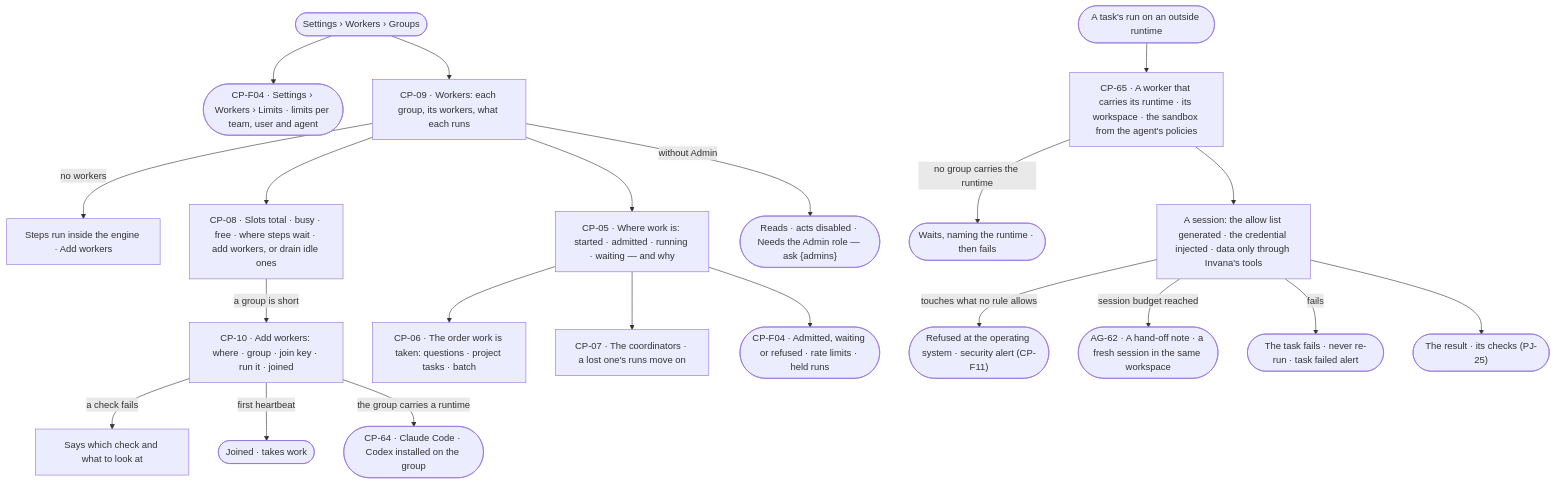
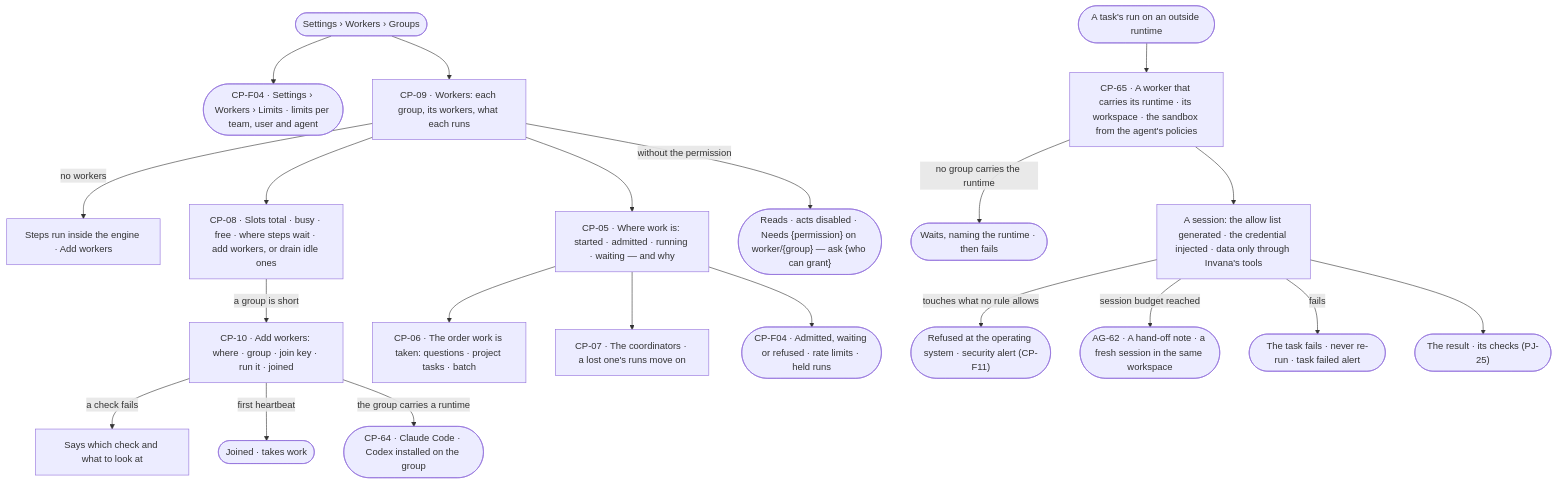
The first of 3 diagrams in specs/os/control/features/CP-F03-workers-and-the-queue/feature.md (invana/invana), drawn with Mermaid before and after one commit. The commit also changed other lines of this file and 228 other files, not shown here.

````diff
--- a/specs/os/control/features/CP-F03-workers-and-the-queue/feature.md
+++ b/specs/os/control/features/CP-F03-workers-and-the-queue/feature.md
@@ -26,23 +26,23 @@
 ```mermaid
 flowchart TD
   s([Settings › Workers › Groups]) --> lim(["CP-F04 · Settings › Workers › Limits · limits per team, user and agent"])
   s --> wk["CP-09 · Workers: each group, its workers, what each runs"]
   wk -->|no workers| nw["Steps run inside the engine · Add workers"]
   wk --> cap["CP-08 · Slots total · busy · free · where steps wait · add workers, or drain idle ones"]
   cap -->|a group is short| add["CP-10 · Add workers: where · group · join key · run it · joined"]
   add -->|a check fails| fx["Says which check and what to look at"]
   add -->|first heartbeat| j(["Joined · takes work"])
   wk --> flow["CP-05 · Where work is: started · admitted · running · waiting — and why"]
   flow --> ord["CP-06 · The order work is taken: questions · project tasks · batch"]
   flow --> co["CP-07 · The coordinators · a lost one's runs move on"]
   flow --> adm(["CP-F04 · Admitted, waiting or refused · rate limits · held runs"])
-  wk -->|without Admin| ro(["Reads · acts disabled · Needs the Admin role — ask {admins}"])
+  wk -->|without the permission| ro(["Reads · acts disabled · Needs {permission} on worker/{group} — ask {who can grant}"])
   add -->|the group carries a runtime| rt(["CP-64 · Claude Code · Codex installed on the group"])
   task([A task's run on an outside runtime]) --> sbx["CP-65 · A worker that carries its runtime · its workspace · the sandbox from the agent's policies"]
   sbx -->|no group carries the runtime| nr(["Waits, naming the runtime · then fails"])
   sbx --> ses["A session: the allow list generated · the credential injected · data only through Invana's tools"]
   ses -->|touches what no rule allows| ref(["Refused at the operating system · security alert (CP-F11)"])
   ses -->|session budget reached| ho(["AG-62 · A hand-off note · a fresh session in the same workspace"])
   ses -->|fails| fl(["The task fails · never re-run · task failed alert"])
   ses --> done(["The result · its checks (PJ-25)"])
 ```
````
